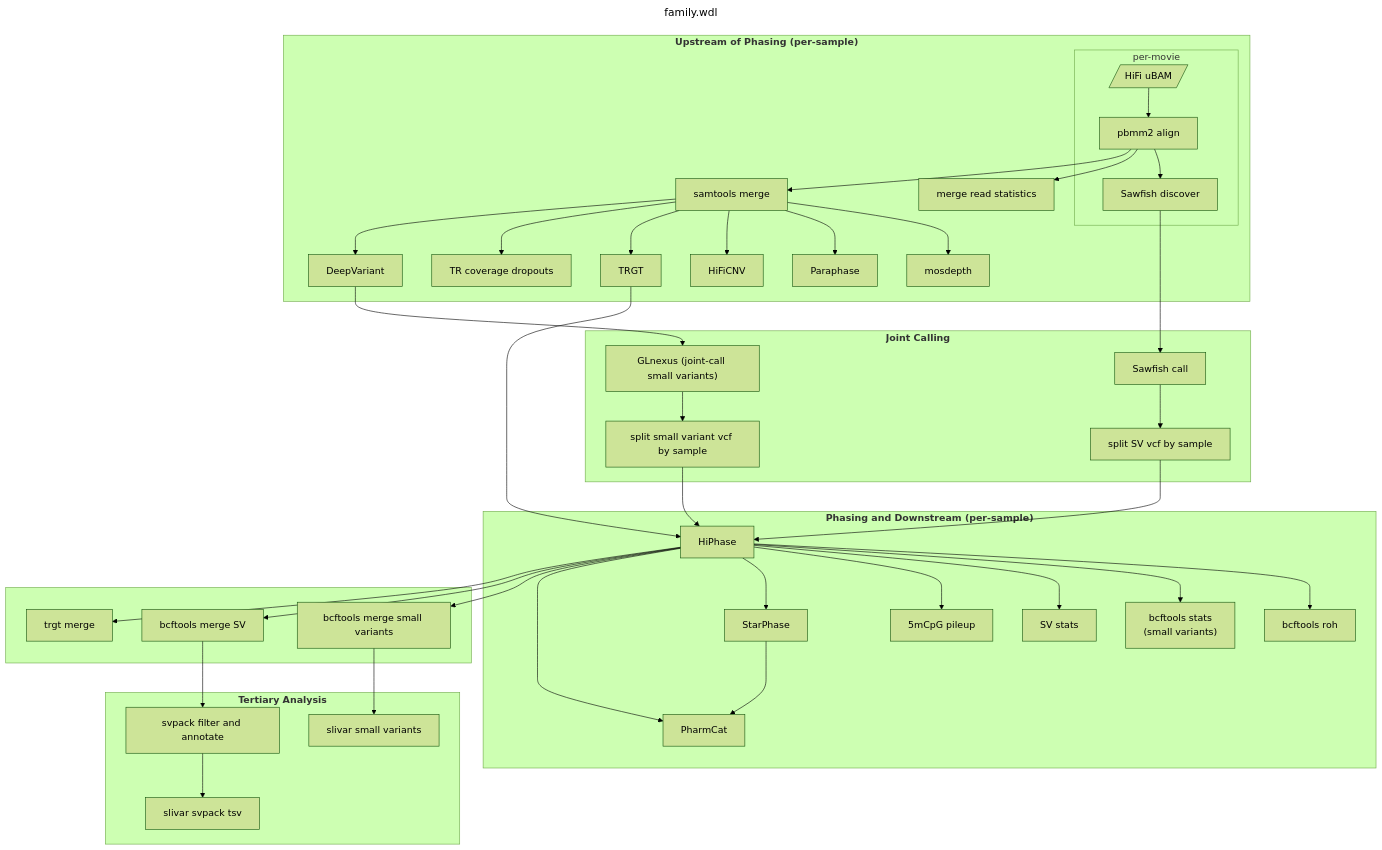
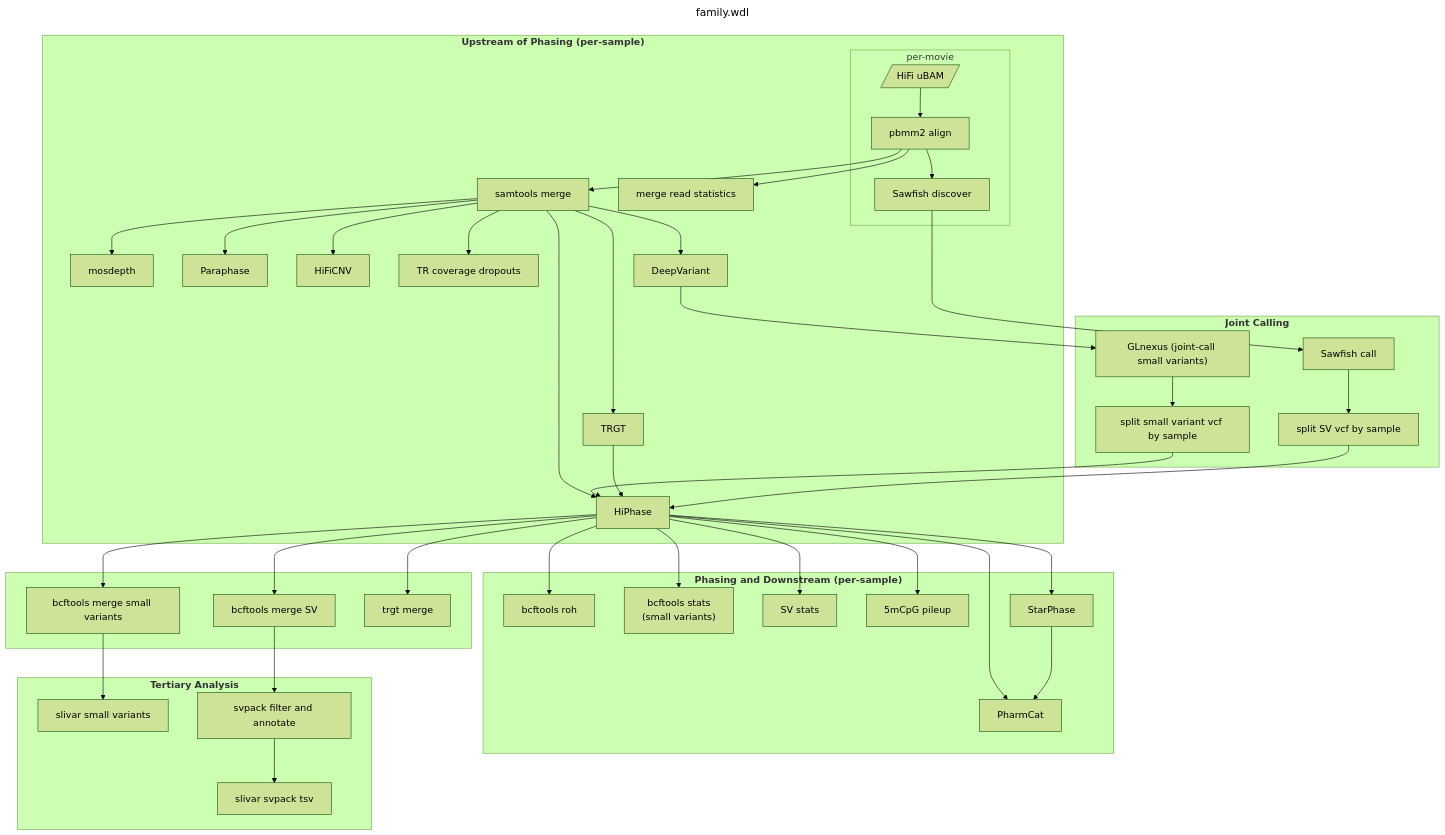
One commit to PacificBiosciences/HiFi-human-WGS-WDL changed the diagram in docs/family.md. Above: the diagram before and after it, drawn with Mermaid (forest theme). The commit also changed 1 other file, not shown here.

Commit message:
correctly link samtools_merge and hiphase in DAG

````diff
--- a/docs/family.md
+++ b/docs/family.md
@@ -22,48 +22,49 @@
 ```mermaid
 ---
 title: family.wdl
 ---
 flowchart TD
   subgraph "`**Upstream of Phasing (per-sample)**`"
     subgraph "per-movie"
       ubam[/"HiFi uBAM"/] --> pbmm2_align["pbmm2 align"]
       pbmm2_align --> sawfish_discover["Sawfish discover"]
     end
     pbmm2_align --> merge_read_stats["merge read statistics"]
     pbmm2_align --> samtools_merge["samtools merge"]
     samtools_merge --> mosdepth["mosdepth"]
     samtools_merge --> paraphase["Paraphase"]
     samtools_merge --> hificnv["HiFiCNV"]
     samtools_merge --> trgt["TRGT"]
     samtools_merge --> trgt_dropouts["TR coverage dropouts"]
     samtools_merge --> deepvariant["DeepVariant"]
+    samtools_merge --> hiphase["HiPhase"]
   end
   subgraph "`**Joint Calling**`"
     deepvariant --> glnexus["GLnexus (joint-call small variants)"]
     sawfish_discover --> sawfish_call["Sawfish call"]
     glnexus --> split_glnexus["split small variant vcf by sample"]
     sawfish_call --> split_sawfish["split SV vcf by sample"]
   end
   subgraph "`**Phasing and Downstream (per-sample)**`"
-    split_glnexus --> hiphase["HiPhase"]
+    split_glnexus --> hiphase
     trgt --> hiphase
     split_sawfish --> hiphase
     hiphase --> bcftools_roh["bcftools roh"]
     hiphase --> bcftools_stats["bcftools stats\n(small variants)"]
     hiphase --> sv_stats["SV stats"]
     hiphase --> cpg_pileup["5mCpG pileup"]
     hiphase --> starphase["StarPhase"]
     hiphase --> pharmcat["PharmCat"]
     starphase --> pharmcat
   end
   subgraph " "
     hiphase --> merge_small_variants["bcftools merge small variants"]
     hiphase --> merge_svs["bcftools merge SV"]
     hiphase --> trgt_merge["trgt merge"]
   end
   subgraph "`**Tertiary Analysis**`"
     merge_small_variants --> slivar_small_variants["slivar small variants"]
     merge_svs --> svpack["svpack filter and annotate"]
     svpack --> slivar_svpack["slivar svpack tsv"]
   end
 ```
````
